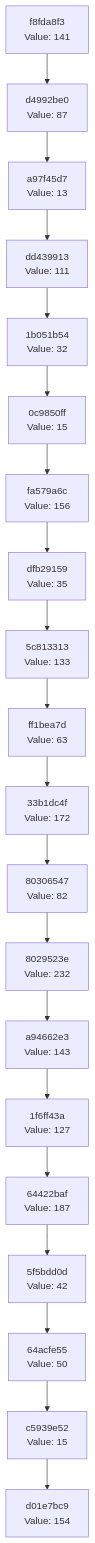
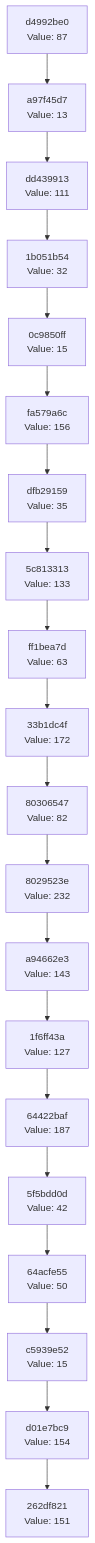
The diagram in docs/CHAIN_VISUALIZATION.md (Abhisheksinha1506/hash-chain-evolver), drawn with Mermaid before and after one commit. The commit also changed 2 other files, not shown here.

Commit message:
Evolution Step

````diff
--- a/docs/CHAIN_VISUALIZATION.md
+++ b/docs/CHAIN_VISUALIZATION.md
@@ -3,42 +3,42 @@
 ```mermaid
 graph TD
-    C0["d01e7bc9<br/>Value: 154"]
-    C1["c5939e52<br/>Value: 15"]
+    C0["262df821<br/>Value: 151"]
+    C1["d01e7bc9<br/>Value: 154"]
     C1 --> C0
-    C2["64acfe55<br/>Value: 50"]
+    C2["c5939e52<br/>Value: 15"]
     C2 --> C1
-    C3["5f5bdd0d<br/>Value: 42"]
+    C3["64acfe55<br/>Value: 50"]
     C3 --> C2
-    C4["64422baf<br/>Value: 187"]
+    C4["5f5bdd0d<br/>Value: 42"]
     C4 --> C3
-    C5["1f6ff43a<br/>Value: 127"]
+    C5["64422baf<br/>Value: 187"]
     C5 --> C4
-    C6["a94662e3<br/>Value: 143"]
+    C6["1f6ff43a<br/>Value: 127"]
     C6 --> C5
-    C7["8029523e<br/>Value: 232"]
+    C7["a94662e3<br/>Value: 143"]
     C7 --> C6
-    C8["80306547<br/>Value: 82"]
+    C8["8029523e<br/>Value: 232"]
     C8 --> C7
-    C9["33b1dc4f<br/>Value: 172"]
+    C9["80306547<br/>Value: 82"]
     C9 --> C8
-    C10["ff1bea7d<br/>Value: 63"]
+    C10["33b1dc4f<br/>Value: 172"]
     C10 --> C9
-    C11["5c813313<br/>Value: 133"]
+    C11["ff1bea7d<br/>Value: 63"]
     C11 --> C10
-    C12["dfb29159<br/>Value: 35"]
+    C12["5c813313<br/>Value: 133"]
     C12 --> C11
-    C13["fa579a6c<br/>Value: 156"]
+    C13["dfb29159<br/>Value: 35"]
     C13 --> C12
-    C14["0c9850ff<br/>Value: 15"]
+    C14["fa579a6c<br/>Value: 156"]
     C14 --> C13
-    C15["1b051b54<br/>Value: 32"]
+    C15["0c9850ff<br/>Value: 15"]
     C15 --> C14
-    C16["dd439913<br/>Value: 111"]
+    C16["1b051b54<br/>Value: 32"]
     C16 --> C15
-    C17["a97f45d7<br/>Value: 13"]
+    C17["dd439913<br/>Value: 111"]
     C17 --> C16
-    C18["d4992be0<br/>Value: 87"]
+    C18["a97f45d7<br/>Value: 13"]
     C18 --> C17
-    C19["f8fda8f3<br/>Value: 141"]
+    C19["d4992be0<br/>Value: 87"]
     C19 --> C18
 ```
````
